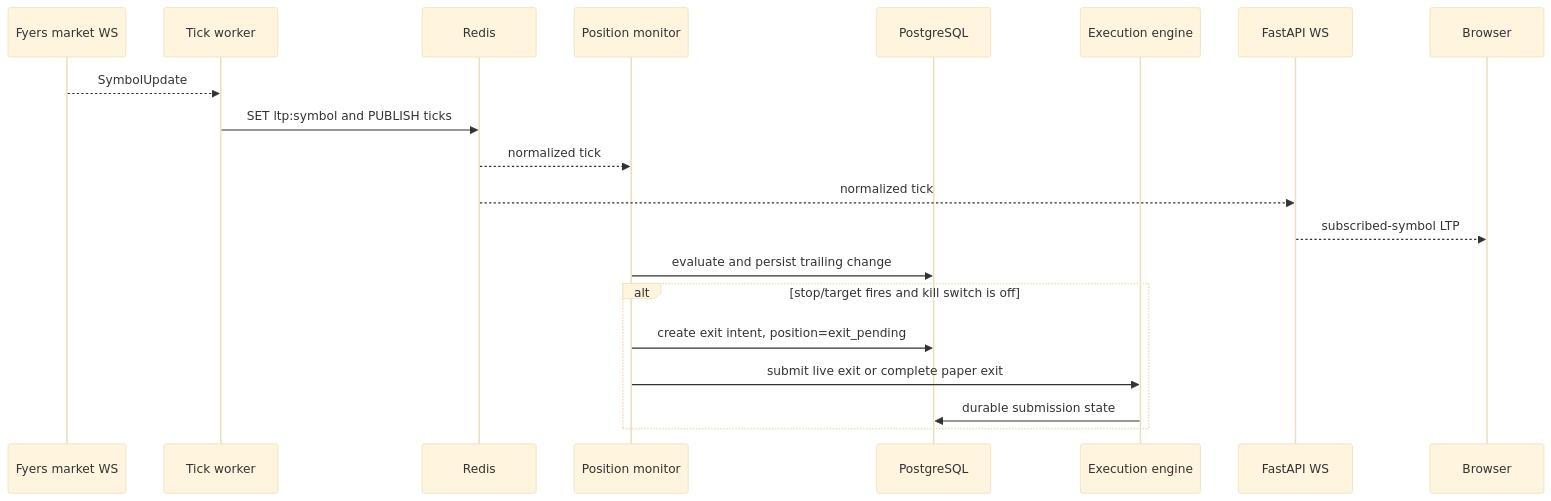
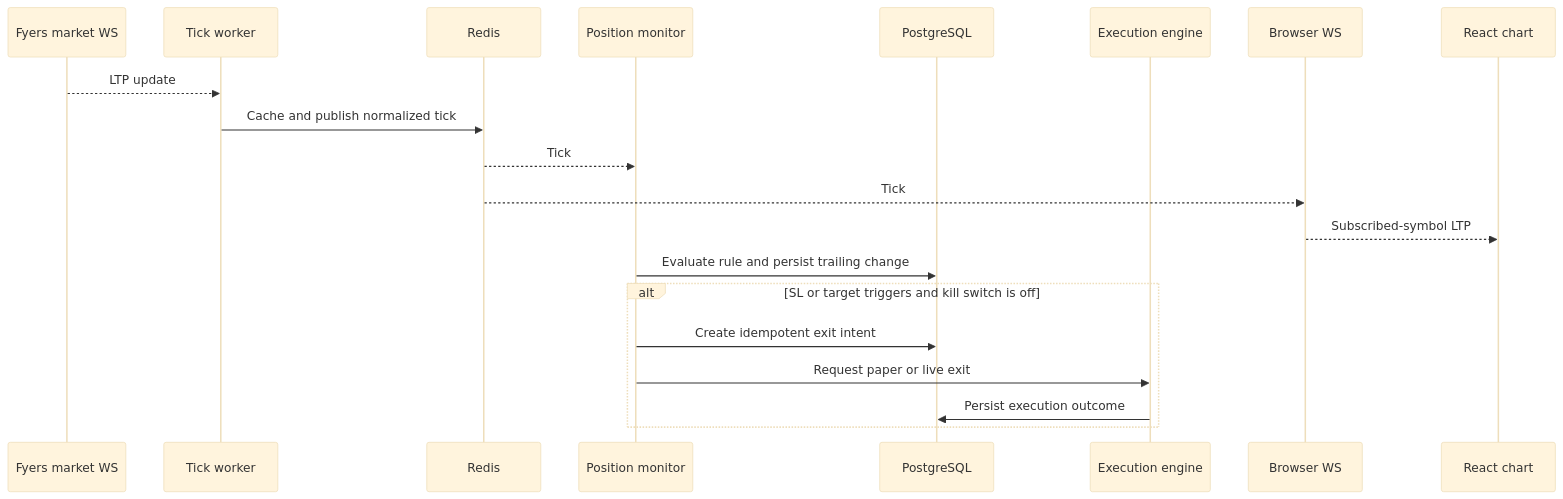
The fourth of 4 diagrams in architecture.md (visheshgubrani/SwingTraderVCP), drawn with Mermaid (base theme) before and after one commit. The commit also changed other lines of this file and 56 other files, not shown here.

````diff
--- a/architecture.md
+++ b/architecture.md
@@ -404,23 +263,23 @@
-  ```mermaid
-  sequenceDiagram
-      participant FY as Fyers market WS
-      participant TW as Tick worker
-      participant R as Redis
-      participant PM as Position monitor
-      participant DB as PostgreSQL
-      participant EE as Execution engine
-      participant API as FastAPI WS
-      participant UI as Browser
+```mermaid
+sequenceDiagram
+    participant FY as Fyers market WS
+    participant TW as Tick worker
+    participant R as Redis
+    participant PM as Position monitor
+    participant DB as PostgreSQL
+    participant EE as Execution engine
+    participant API as Browser WS
+    participant UI as React chart
 
-      FY-->>TW: SymbolUpdate
-      TW->>R: SET ltp:symbol and PUBLISH ticks
-      R-->>PM: normalized tick
-      R-->>API: normalized tick
-      API-->>UI: subscribed-symbol LTP
-      PM->>DB: evaluate and persist trailing change
-      alt stop/target fires and kill switch is off
-          PM->>DB: create exit intent, position=exit_pending
-          PM->>EE: submit live exit or complete paper exit
-          EE->>DB: durable submission state
-      end
-  ```
+    FY-->>TW: LTP update
+    TW->>R: Cache and publish normalized tick
+    R-->>PM: Tick
+    R-->>API: Tick
+    API-->>UI: Subscribed-symbol LTP
+    PM->>DB: Evaluate rule and persist trailing change
+    alt SL or target triggers and kill switch is off
+        PM->>DB: Create idempotent exit intent
+        PM->>EE: Request paper or live exit
+        EE->>DB: Persist execution outcome
+    end
+```
````
